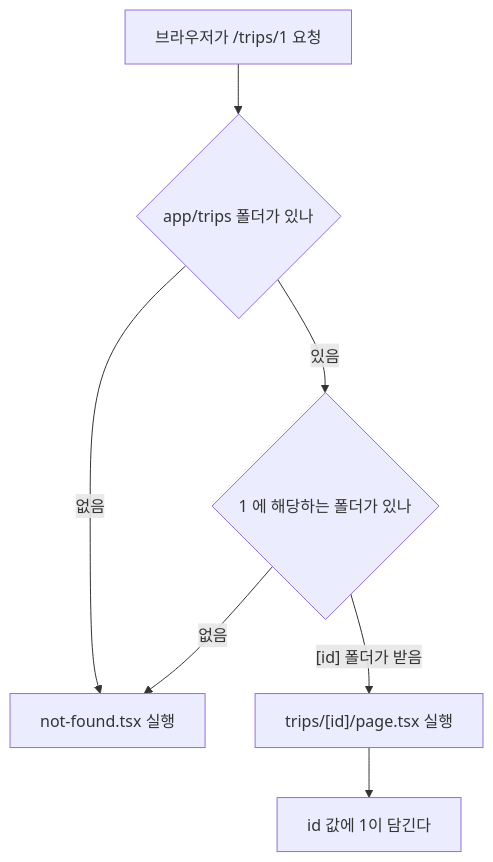
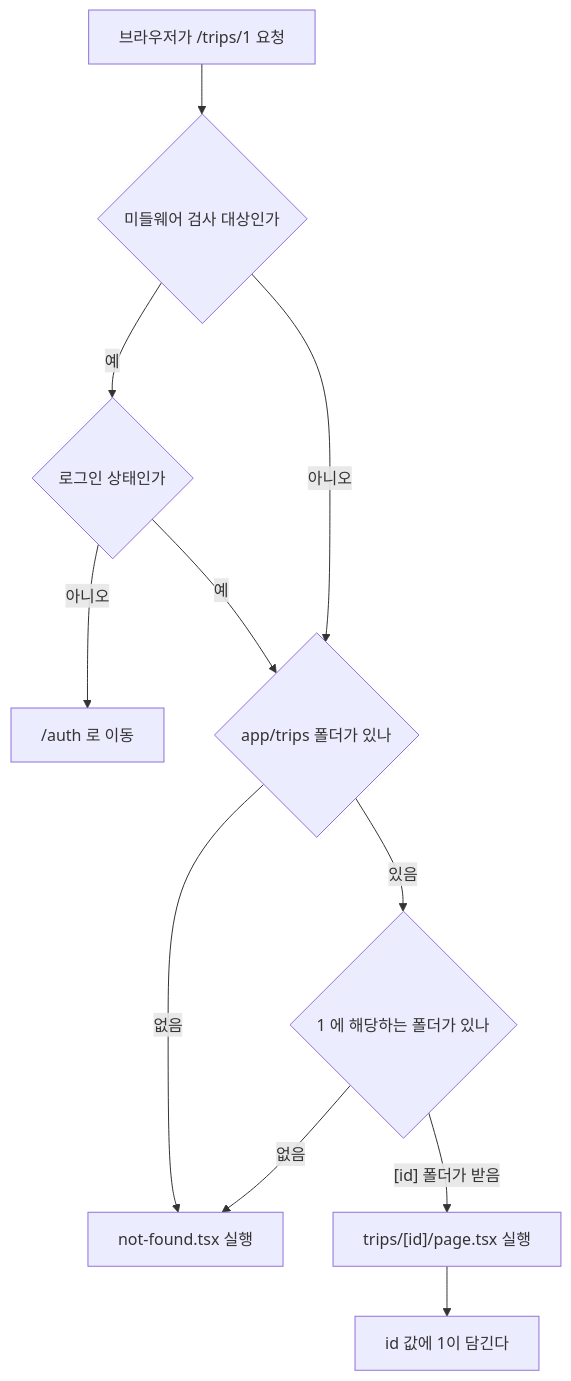
One commit to protove/KDT_TravelPlanner changed the first of 4 diagrams in frontend/ROUTING.md. Above: the diagram before and after it, drawn with Mermaid. The commit also changed other lines of this file, not shown here.

````diff
--- a/frontend/ROUTING.md
+++ b/frontend/ROUTING.md
@@ -19,9 +21,13 @@
 ```mermaid
 flowchart TD
-    A["브라우저가 /trips/1 요청"] --> B{"app/trips 폴더가 있나"}
-    B -->|없음| C["not-found.tsx 실행"]
-    B -->|있음| D{"1 에 해당하는 폴더가 있나"}
-    D -->|"[id] 폴더가 받음"| E["trips/[id]/page.tsx 실행"]
-    D -->|없음| C
-    E --> F["id 값에 1이 담긴다"]
+    A["브라우저가 /trips/1 요청"] --> B{"미들웨어 검사 대상인가"}
+    B -->|예| C{"로그인 상태인가"}
+    C -->|아니오| D["/auth 로 이동"]
+    C -->|예| E{"app/trips 폴더가 있나"}
+    B -->|아니오| E
+    E -->|없음| F["not-found.tsx 실행"]
+    E -->|있음| G{"1 에 해당하는 폴더가 있나"}
+    G -->|"[id] 폴더가 받음"| H["trips/[id]/page.tsx 실행"]
+    G -->|없음| F
+    H --> I["id 값에 1이 담긴다"]
 ```
````
